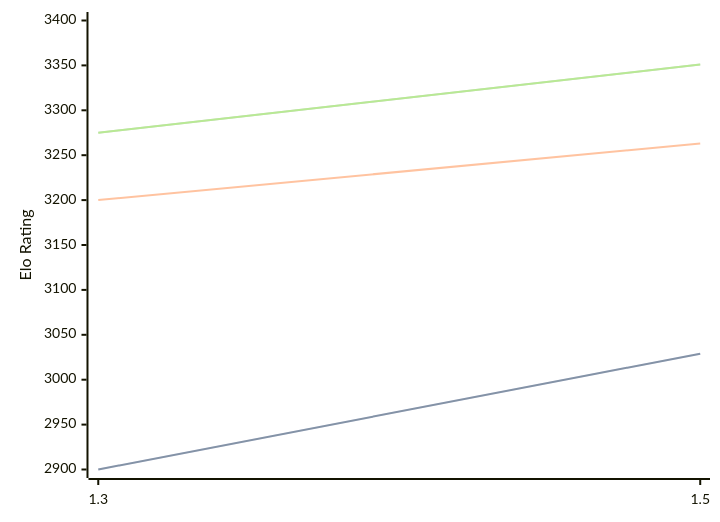
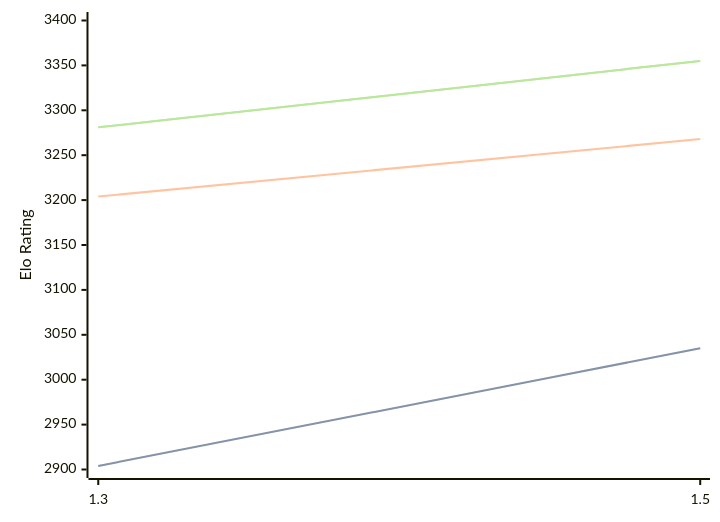
Before and after one commit to computer-chess-index/cci: the diagram in engines/Lambergar.md, drawn with Mermaid. The commit also changed other lines of this file, not shown here.

Commit message:
Update CCI Ratings (ELO VLTC) - 2026-08-18

````diff
--- a/engines/Lambergar.md
+++ b/engines/Lambergar.md
@@ -32,11 +32,11 @@
 ```mermaid
 %%{init: {"theme":"base","themeVariables":{"seriesColors:['#a3a3a3','#222221','#faa371']}}}%%
 xychart-beta
   x-axis ["1.3", "1.5"]
   y-axis "Elo Rating" 2900 --> 3400
-  line "STC (8.0+0.08s)" [2900, 3029]
-  line "STC (8.0+0.08s)" [2900, 3029]
-  line "LTC (60.0+0.60s)" [3200, 3263]
-  line "VLTC (2m24s+1.12s)" [3275, 3351]
-  line "VLTC (2m24s+1.12s)" [3275, 3351]
+  line "STC (8.0+0.08s)" [2904, 3035]
+  line "STC (8.0+0.08s)" [2904, 3035]
+  line "LTC (60.0+0.60s)" [3204, 3268]
+  line "VLTC (2m24s+1.12s)" [3281, 3355]
+  line "VLTC (2m24s+1.12s)" [3281, 3355]
 ```
````
